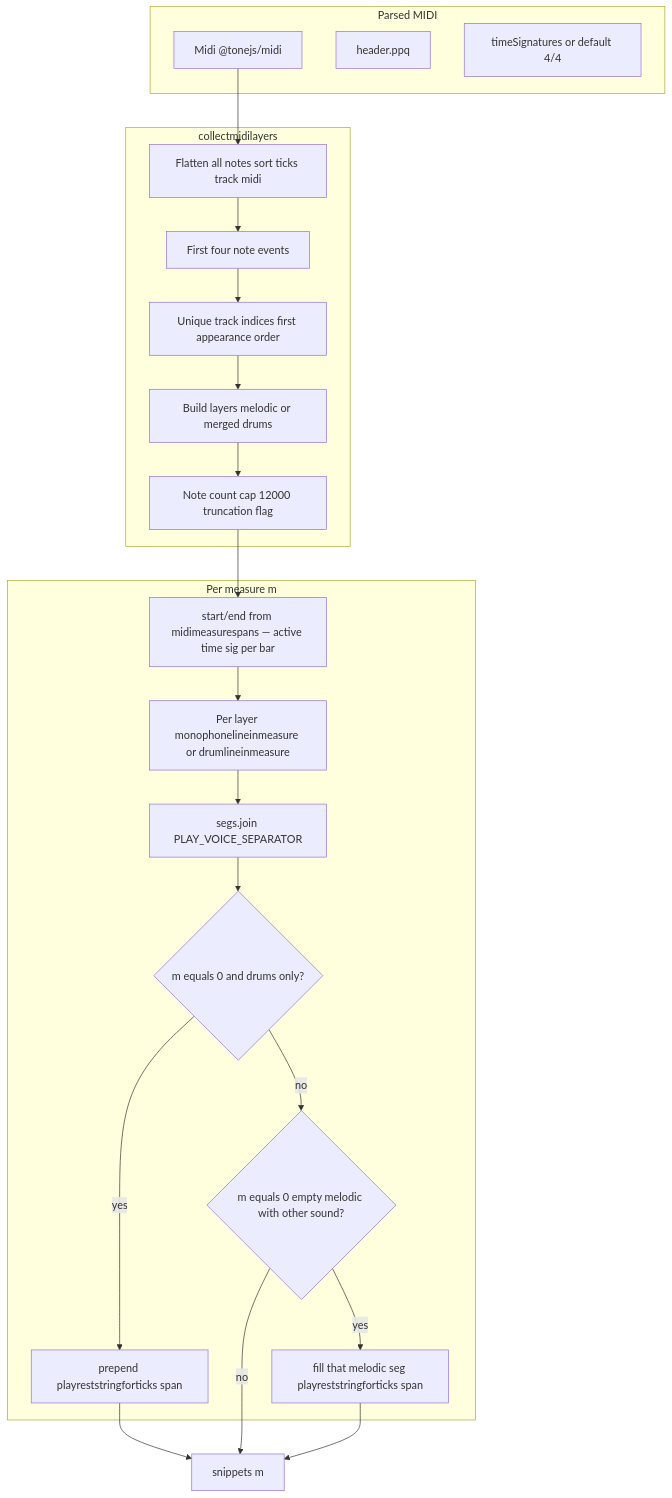
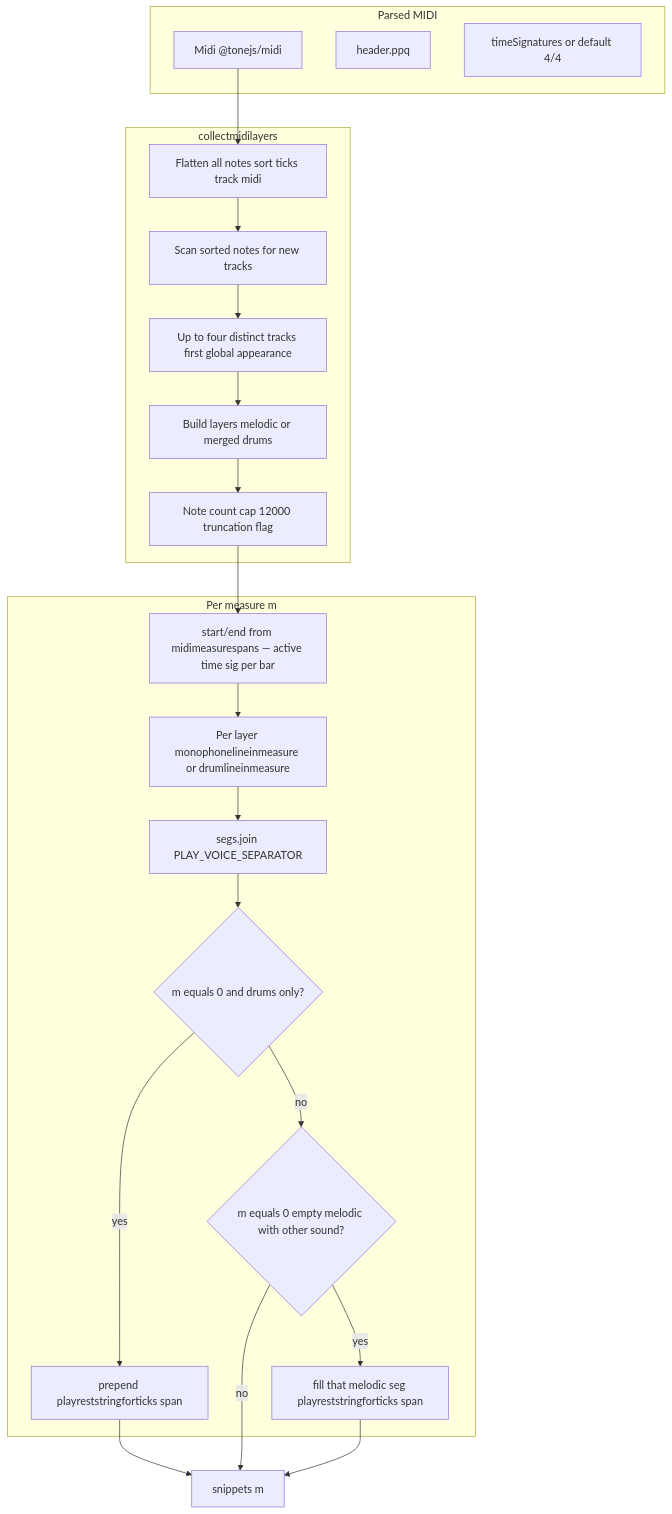
The second of 3 diagrams in zss/feature/parse/docs/midi-import.md (goldbuick/zed-software-system), drawn with Mermaid before and after one commit. The commit also changed other lines of this file and 3 other files, not shown here.

````diff
--- a/zss/feature/parse/docs/midi-import.md
+++ b/zss/feature/parse/docs/midi-import.md
@@ -43,39 +43,39 @@
 ```mermaid
 flowchart TB
   subgraph input [Parsed MIDI]
     MidiObj["Midi @tonejs/midi"]
     TS[header.ppq]
     SIG[timeSignatures or default 4/4]
   end
   subgraph collect [collectmidilayers]
     Flat[Flatten all notes sort ticks track midi]
-    Four[First four note events]
-    U[Unique track indices first appearance order]
+    Scan[Scan sorted notes for new tracks]
+    U[Up to four distinct tracks first global appearance]
     Build[Build layers melodic or merged drums]
     Cap[Note count cap 12000 truncation flag]
   end
   subgraph perbar [Per measure m]
     Span["start/end from midimeasurespans — active time sig per bar"]
     L0[Per layer monophonelineinmeasure or drumlineinmeasure]
     Join["segs.join PLAY_VOICE_SEPARATOR"]
     Pad{m equals 0 and drums only?}
     Unshift["prepend playreststringforticks span"]
     Pad2{m equals 0 empty melodic with other sound?}
     Fill0["fill that melodic seg playreststringforticks span"]
   end
   MidiObj --> Flat
-  Flat --> Four
-  Four --> U
+  Flat --> Scan
+  Scan --> U
   U --> Build
   Build --> Cap
   Cap --> Span
   Span --> L0
   L0 --> Join
   Join --> Pad
   Pad -->|yes| Unshift
   Pad -->|no| Pad2
   Unshift --> Out[snippets m]
   Pad2 -->|yes| Fill0
   Pad2 -->|no| Out
   Fill0 --> Out
 ```
````
